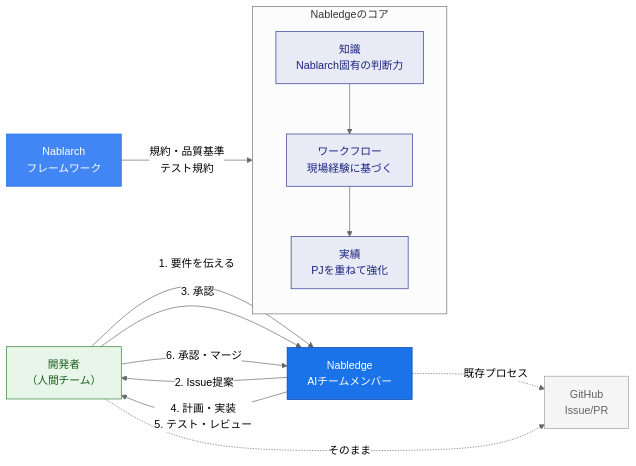
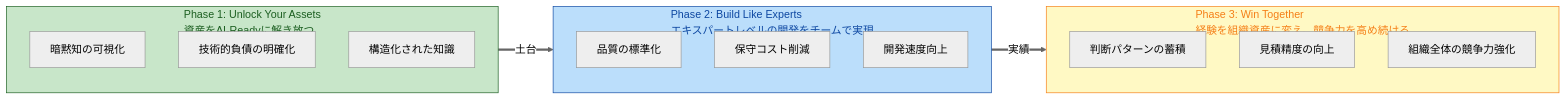
The diagram in doc/tobe/nabledge_press.md (nablarch/nabledge-dev), drawn with Mermaid (neutral theme) before and after one commit.

Commit message:
Replace diagram with 3-phase progression visualization
- Show Phase 1 → Phase 2 → Phase 3 progression
- Each phase shows what you get (business value)
- Illustrates how phases build on each other
- Remove mismatched Nabledge workflow diagram from this section

````diff
--- a/doc/tobe/nabledge_press.md
+++ b/doc/tobe/nabledge_press.md
@@ -59,45 +59,39 @@
 ```mermaid
 graph LR
-  %% ===== 主要な3者 =====
-  DEV["開発者<br/>（人間チーム）"]
-  NAB["Nabledge<br/>AIチームメンバー"]
-  FW["Nablarch<br/>フレームワーク"]
-
-  %% ===== Nabledgeの内部構造（簡略） =====
-  subgraph NAB_CORE["Nabledgeのコア"]
+  %% ===== Phase 1: Unlock =====
+  subgraph P1["Phase 1: Unlock Your Assets<br/>資産をAI-Readyに解き放つ"]
     direction TB
-    KNOW["知識<br/>Nablarch固有の判断力"]
-    WORK["ワークフロー<br/>現場経験に基づく"]
-    EXP["実績<br/>PJを重ねて強化"]
-    KNOW --> WORK
-    WORK --> EXP
+    U1["暗黙知の可視化"]
+    U2["技術的負債の明確化"]
+    U3["構造化された知識"]
   end
 
-  %% ===== 開発者 → Nabledge =====
-  DEV -->|"1. 要件を伝える"| NAB
-  NAB -->|"2. Issue提案"| DEV
-  DEV -->|"3. 承認"| NAB
-  NAB -->|"4. 計画・実装<br/>5. テスト・レビュー"| DEV
-  DEV -->|"6. 承認・マージ"| NAB
+  %% ===== Phase 2: Build =====
+  subgraph P2["Phase 2: Build Like Experts<br/>エキスパートレベルの開発をチームで実現"]
+    direction TB
+    B1["品質の標準化"]
+    B2["保守コスト削減"]
+    B3["開発速度向上"]
+  end
 
-  %% ===== Nablarch → Nabledge =====
-  FW -->|"規約・品質基準<br/>テスト規約"| KNOW
+  %% ===== Phase 3: Win =====
+  subgraph P3["Phase 3: Win Together<br/>経験を組織資産に変え、競争力を高め続ける"]
+    direction TB
+    W1["判断パターンの蓄積"]
+    W2["見積精度の向上"]
+    W3["組織全体の競争力強化"]
+  end
 
-  %% ===== GitHubでのやりとり =====
-  GH["GitHub<br/>Issue/PR"]
-  NAB -.->|"既存プロセス"| GH
-  DEV -.->|"そのまま"| GH
+  %% ===== フェーズ間の関係 =====
+  P1 ==>|"土台"| P2
+  P2 ==>|"実績"| P3
 
   %% ===== スタイル =====
-  classDef human fill:#e8f5e9,stroke:#2e7d32,color:#1b5e20
-  classDef ai fill:#1a73e8,stroke:#0d47a1,color:#fff
-  classDef fw fill:#4285f4,stroke:#1a73e8,color:#fff
-  classDef process fill:#f5f5f5,stroke:#9e9e9e,color:#616161
-  classDef core fill:#e8eaf6,stroke:#283593,color:#1a237e
+  classDef phase1 fill:#c8e6c9,stroke:#1b5e20,color:#1b5e20
+  classDef phase2 fill:#bbdefb,stroke:#0d47a1,color:#0d47a1
+  classDef phase3 fill:#fff9c4,stroke:#f57f17,color:#f57f17
 
-  class DEV human
-  class NAB ai
-  class FW fw
-  class GH process
-  class KNOW,WORK,EXP core
+  class P1 phase1
+  class P2 phase2
+  class P3 phase3
 ```
````
